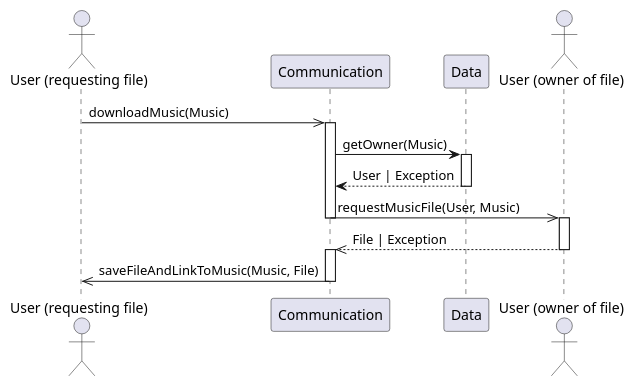
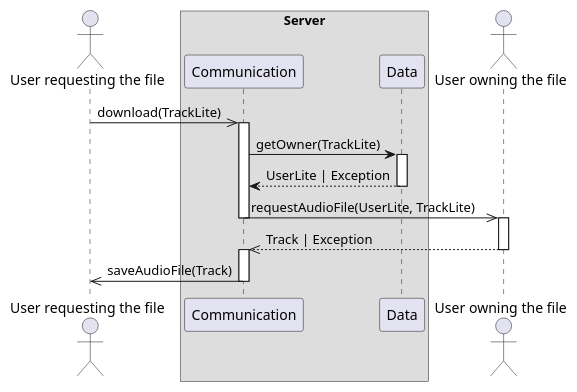
One commit to UTCAI12/Diagrams changed the diagram in sequence/2.2.download_music_server.puml. Above: the diagram before and after it, drawn with PlantUML. The commit also changed 4 other files, not shown here.

Commit message:
Utilisation des classes du diagramme

```diff
--- a/sequence/2.2.download_music_server.puml
+++ b/sequence/2.2.download_music_server.puml
@@ -1,27 +1,29 @@
-@startuml Download Music (server side)
-actor "User (requesting file)" as User1
-participant Communication
-participant Data
-actor "User (owner of file)" as User2
+@startuml Download Track (server side)
+actor "User requesting the file" as User1
+box Server
+    participant Communication
+    participant Data
+end box
+actor "User owning the file" as User2
 
-User1 ->> Communication : downloadMusic(Music)
+User1 ->> Communication : download(TrackLite)
 activate Communication
 
-Communication -> Data : getOwner(Music)
+Communication -> Data : getOwner(TrackLite)
 activate Data
 
-Data --> Communication : User | Exception
+Data --> Communication : UserLite | Exception
 deactivate Data
 
-Communication ->> User2 : requestMusicFile(User, Music)
+Communication ->> User2 : requestAudioFile(UserLite, TrackLite)
 deactivate Communication
 activate User2
 
-User2 -->> Communication : File | Exception
+User2 -->> Communication : Track | Exception
 deactivate User2
 activate Communication
 
-Communication ->> User1 : saveFileAndLinkToMusic(Music, File)
+Communication ->> User1 : saveAudioFile(Track)
 deactivate Communication
 
 @enduml
```
